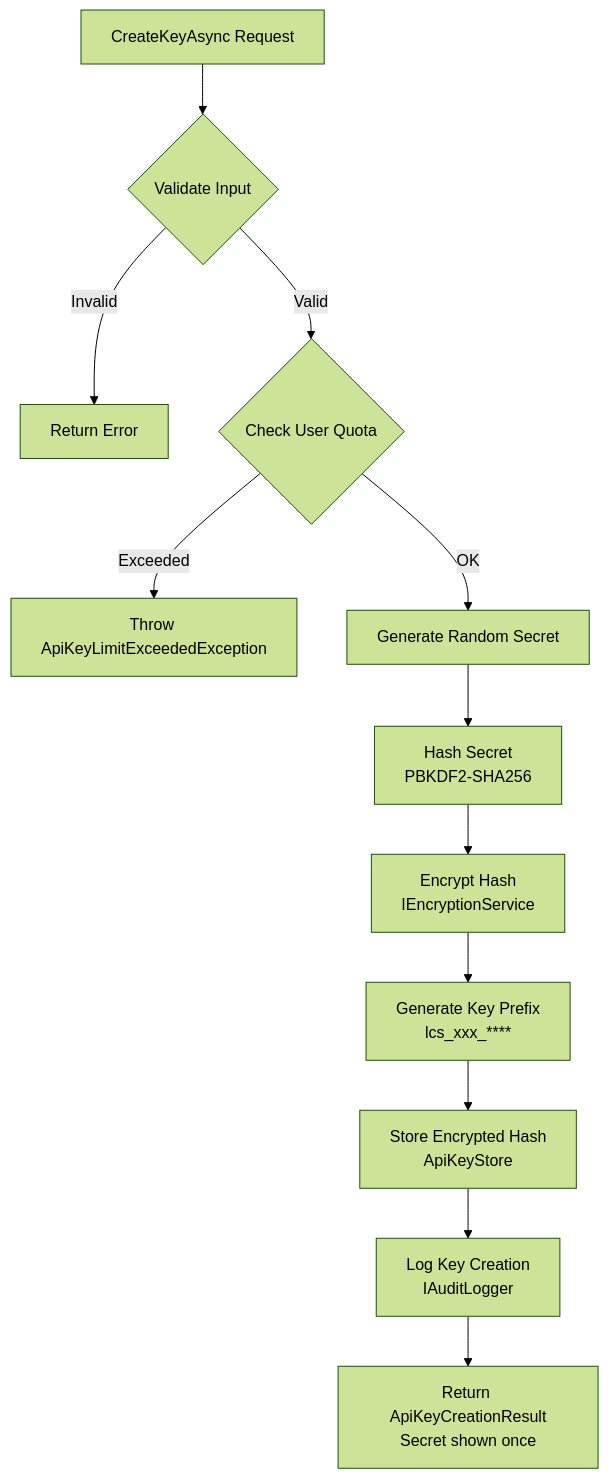
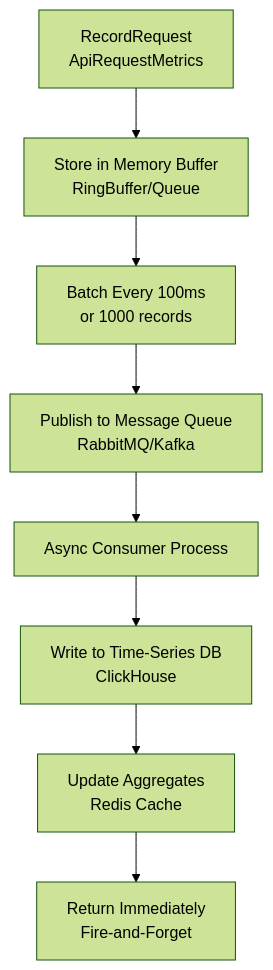
The second of 2 diagrams in docs/specs/v0.11.x/v0.11.5/LCS-DES-v0.11.5-SEC-e.md (southpawriter02/lexichord), drawn with Mermaid (forest theme) before and after one commit. The commit also changed other lines of this file and 74 other files, not shown here.

````diff
--- a/docs/specs/v0.11.x/v0.11.5/LCS-DES-v0.11.5-SEC-e.md
+++ b/docs/specs/v0.11.x/v0.11.5/LCS-DES-v0.11.5-SEC-e.md
@@ -481,14 +510,10 @@
 ```mermaid
 flowchart TD
-    A[CreateKeyAsync Request] --> B{Validate Input}
-    B -->|Invalid| C[Return Error]
-    B -->|Valid| D{Check User Quota}
-    D -->|Exceeded| E[Throw ApiKeyLimitExceededException]
-    D -->|OK| F[Generate Random Secret]
-    F --> G[Hash Secret<br/>PBKDF2-SHA256]
-    G --> H[Encrypt Hash<br/>IEncryptionService]
-    H --> I[Generate Key Prefix<br/>lcs_xxx_****]
-    I --> J[Store Encrypted Hash<br/>ApiKeyStore]
-    J --> K[Log Key Creation<br/>IAuditLogger]
-    K --> L[Return ApiKeyCreationResult<br/>Secret shown once]
+    A["RecordRequest<br/>ApiRequestMetrics"] --> B["Store in Memory Buffer<br/>RingBuffer/Queue"]
+    B --> C["Batch Every 100ms<br/>or 1000 records"]
+    C --> D["Publish to Message Queue<br/>RabbitMQ/Kafka"]
+    D --> E["Async Consumer Process"]
+    E --> F["Write to Time-Series DB<br/>ClickHouse"]
+    F --> G["Update Aggregates<br/>Redis Cache"]
+    G --> H["Return Immediately<br/>Fire-and-Forget"]
 ```
````
